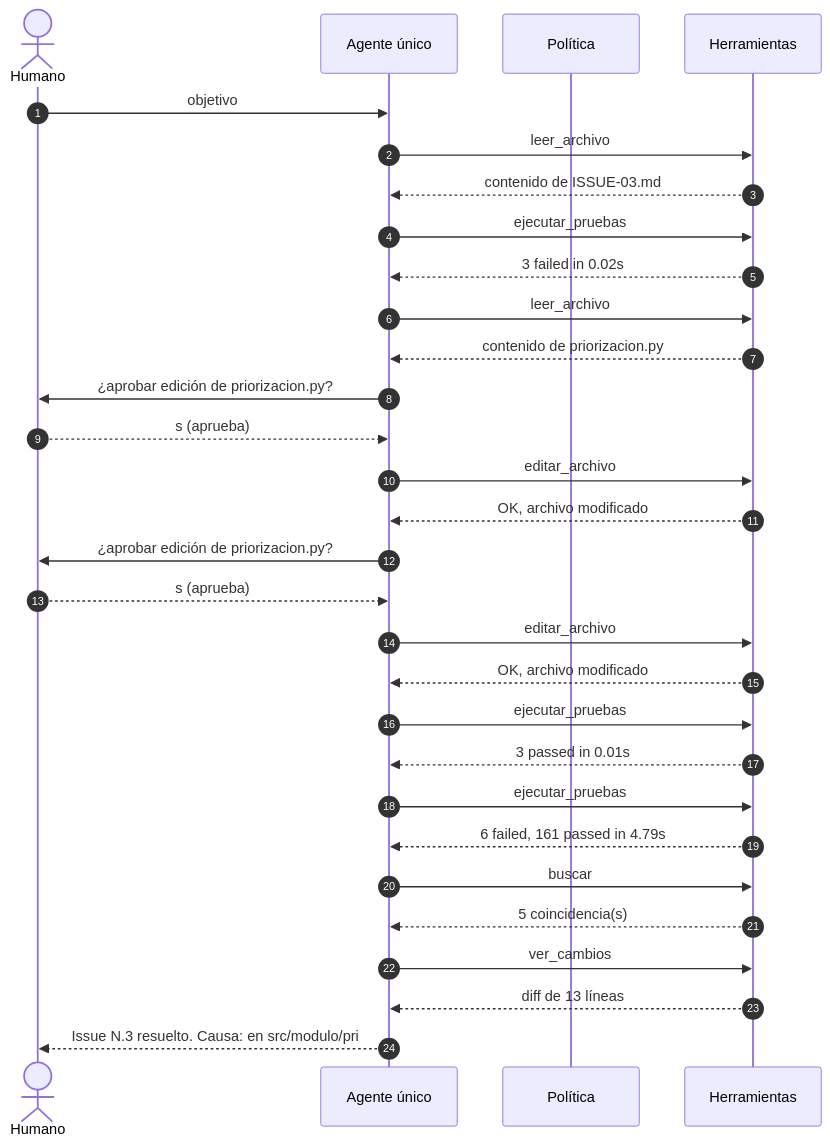
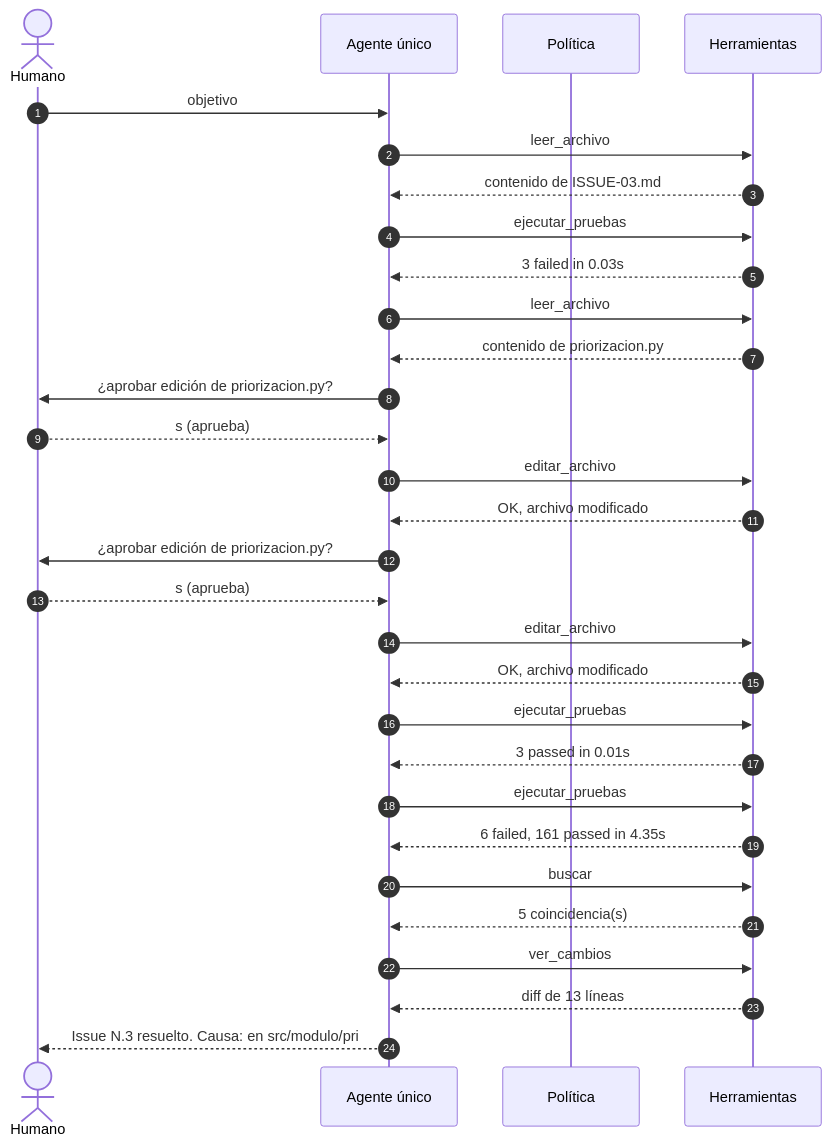
The diagram in agentes/trazas/issue03/unico/trayectoria.mmd (DavidOliva06/cs-2026b-lab04-grupo06), drawn with Mermaid before and after one commit. The commit also changed 23 other files, not shown here.

```diff
--- a/agentes/trazas/issue03/unico/trayectoria.mmd
+++ b/agentes/trazas/issue03/unico/trayectoria.mmd
@@ -1,30 +1,30 @@
 sequenceDiagram
     autonumber
     actor U as Humano
     participant AG as Agente único
     participant P as Política
     participant H as Herramientas
     U->>AG: objetivo
     AG->>H: leer_archivo
     H-->>AG: contenido de ISSUE-03.md
     AG->>H: ejecutar_pruebas
-    H-->>AG: 3 failed in 0.02s
+    H-->>AG: 3 failed in 0.03s
     AG->>H: leer_archivo
     H-->>AG: contenido de priorizacion.py
     AG->>U: ¿aprobar edición de priorizacion.py?
     U-->>AG: s (aprueba)
     AG->>H: editar_archivo
     H-->>AG: OK, archivo modificado
     AG->>U: ¿aprobar edición de priorizacion.py?
     U-->>AG: s (aprueba)
     AG->>H: editar_archivo
     H-->>AG: OK, archivo modificado
     AG->>H: ejecutar_pruebas
     H-->>AG: 3 passed in 0.01s
     AG->>H: ejecutar_pruebas
-    H-->>AG: 6 failed, 161 passed in 4.79s
+    H-->>AG: 6 failed, 161 passed in 4.35s
     AG->>H: buscar
     H-->>AG: 5 coincidencia(s)
     AG->>H: ver_cambios
     H-->>AG: diff de 13 líneas
     AG-->>U: Issue N.3 resuelto.  Causa: en src/modulo/pri
```
